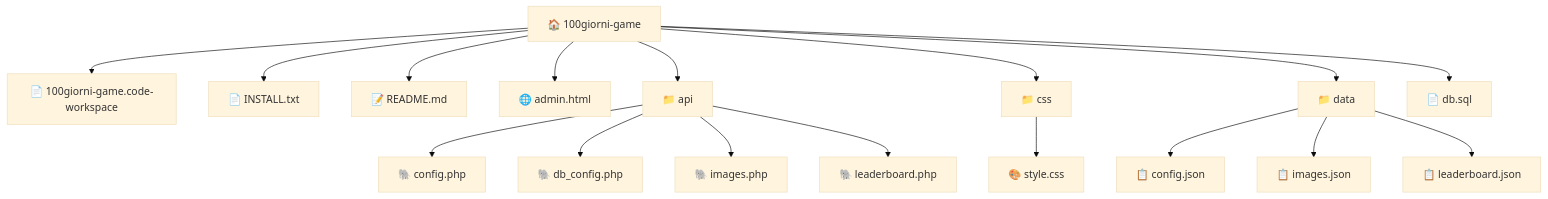
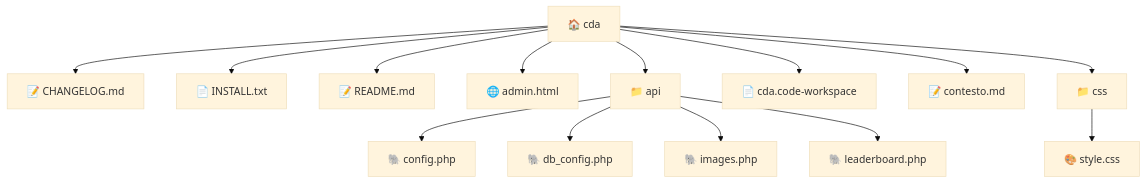
Before and after one commit to Ronfo2013/cda-game: the diagram in .github/copilot-instructions.md, drawn with Mermaid (base theme). The commit also changed other lines of this file and 39 other files, not shown here.

````diff
--- a/.github/copilot-instructions.md
+++ b/.github/copilot-instructions.md
@@ -40,20 +35,17 @@
 ```mermaid
 graph TD
-    100giorni_game[🏠 100giorni-game]
-    100giorni_game --> 100giorni_game_100giorni_game_code_workspace[📄 100giorni-game.code-workspace]
-    100giorni_game --> 100giorni_game_INSTALL_txt[📄 INSTALL.txt]
-    100giorni_game --> 100giorni_game_README_md[📝 README.md]
-    100giorni_game --> 100giorni_game_admin_html[🌐 admin.html]
-    100giorni_game --> 100giorni_game_api[📁 api]
-    100giorni_game_api --> 100giorni_game_api_config_php[🐘 config.php]
-    100giorni_game_api --> 100giorni_game_api_db_config_php[🐘 db_config.php]
-    100giorni_game_api --> 100giorni_game_api_images_php[🐘 images.php]
-    100giorni_game_api --> 100giorni_game_api_leaderboard_php[🐘 leaderboard.php]
-    100giorni_game --> 100giorni_game_css[📁 css]
-    100giorni_game_css --> 100giorni_game_css_style_css[🎨 style.css]
-    100giorni_game --> 100giorni_game_data[📁 data]
-    100giorni_game_data --> 100giorni_game_data_config_json[📋 config.json]
-    100giorni_game_data --> 100giorni_game_data_images_json[📋 images.json]
-    100giorni_game_data --> 100giorni_game_data_leaderboard_json[📋 leaderboard.json]
-    100giorni_game --> 100giorni_game_db_sql[📄 db.sql]
+    cda[🏠 cda]
+    cda --> cda_CHANGELOG_md[📝 CHANGELOG.md]
+    cda --> cda_INSTALL_txt[📄 INSTALL.txt]
+    cda --> cda_README_md[📝 README.md]
+    cda --> cda_admin_html[🌐 admin.html]
+    cda --> cda_api[📁 api]
+    cda_api --> cda_api_config_php[🐘 config.php]
+    cda_api --> cda_api_db_config_php[🐘 db_config.php]
+    cda_api --> cda_api_images_php[🐘 images.php]
+    cda_api --> cda_api_leaderboard_php[🐘 leaderboard.php]
+    cda --> cda_cda_code_workspace[📄 cda.code-workspace]
+    cda --> cda_contesto_md[📝 contesto.md]
+    cda --> cda_css[📁 css]
+    cda_css --> cda_css_style_css[🎨 style.css]
 ```
````
